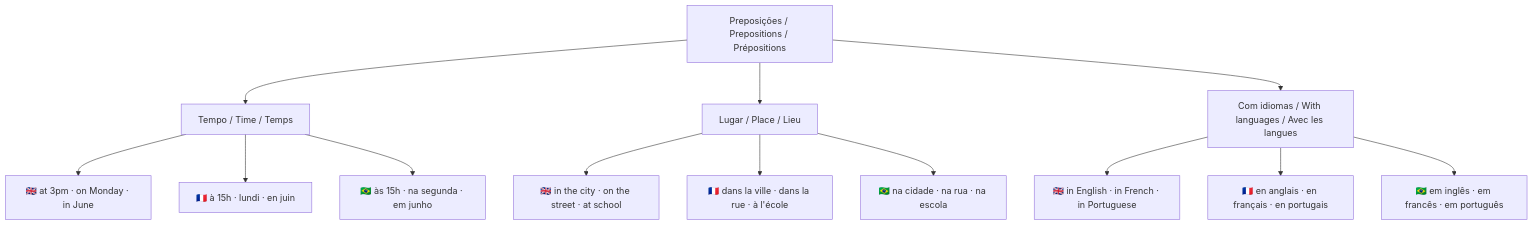
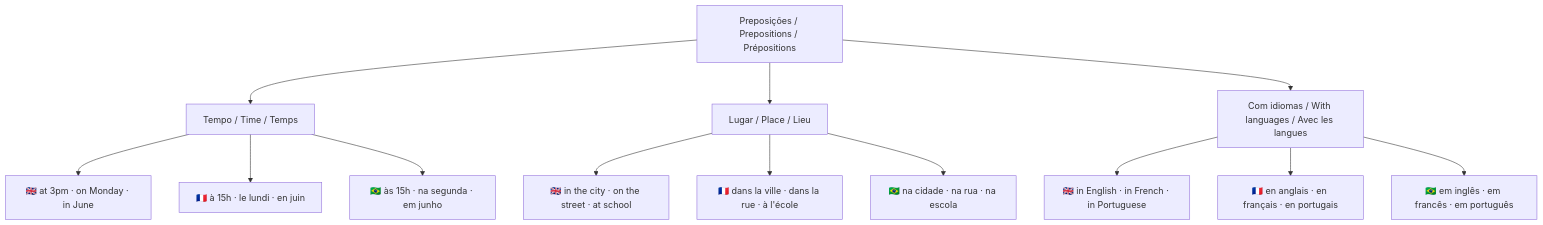
The diagram in grammar/04-prepositions.md (GladistoneSouza/mult_lang), drawn with Mermaid before and after one commit. The commit also changed 1 other file, not shown here.

Commit message:
fix: add irregular verb diagram, fix FR pronouns, fix le lundi, remove duplicate mistakes

````diff
--- a/grammar/04-prepositions.md
+++ b/grammar/04-prepositions.md
@@ -5,20 +5,20 @@
 ```mermaid
 graph TD
     PREP["Preposições / Prepositions / Prépositions"]
 
     PREP --> TIME["Tempo / Time / Temps"]
     PREP --> PLACE["Lugar / Place / Lieu"]
     PREP --> LANG["Com idiomas / With languages / Avec les langues"]
 
     TIME --> T_EN["🇬🇧 at 3pm · on Monday · in June"]
-    TIME --> T_FR["🇫🇷 à 15h · lundi · en juin"]
+    TIME --> T_FR["🇫🇷 à 15h · le lundi · en juin"]
     TIME --> T_PT["🇧🇷 às 15h · na segunda · em junho"]
 
     PLACE --> P_EN["🇬🇧 in the city · on the street · at school"]
     PLACE --> P_FR["🇫🇷 dans la ville · dans la rue · à l'école"]
     PLACE --> P_PT["🇧🇷 na cidade · na rua · na escola"]
 
     LANG --> L_EN["🇬🇧 in English · in French · in Portuguese"]
     LANG --> L_FR["🇫🇷 en anglais · en français · en portugais"]
     LANG --> L_PT["🇧🇷 em inglês · em francês · em português"]
 ```
````
